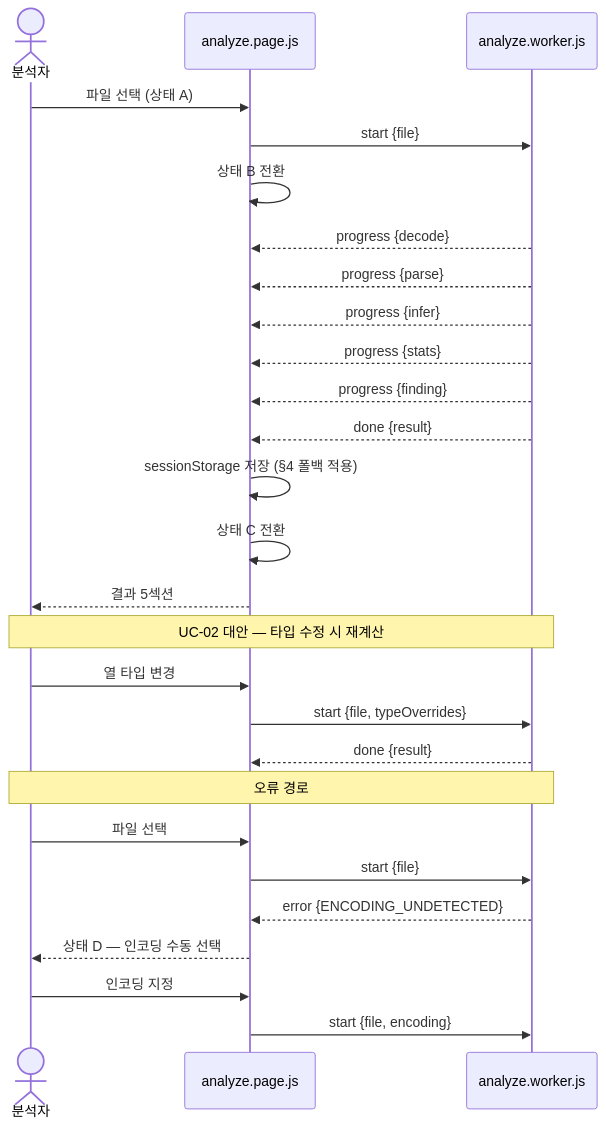
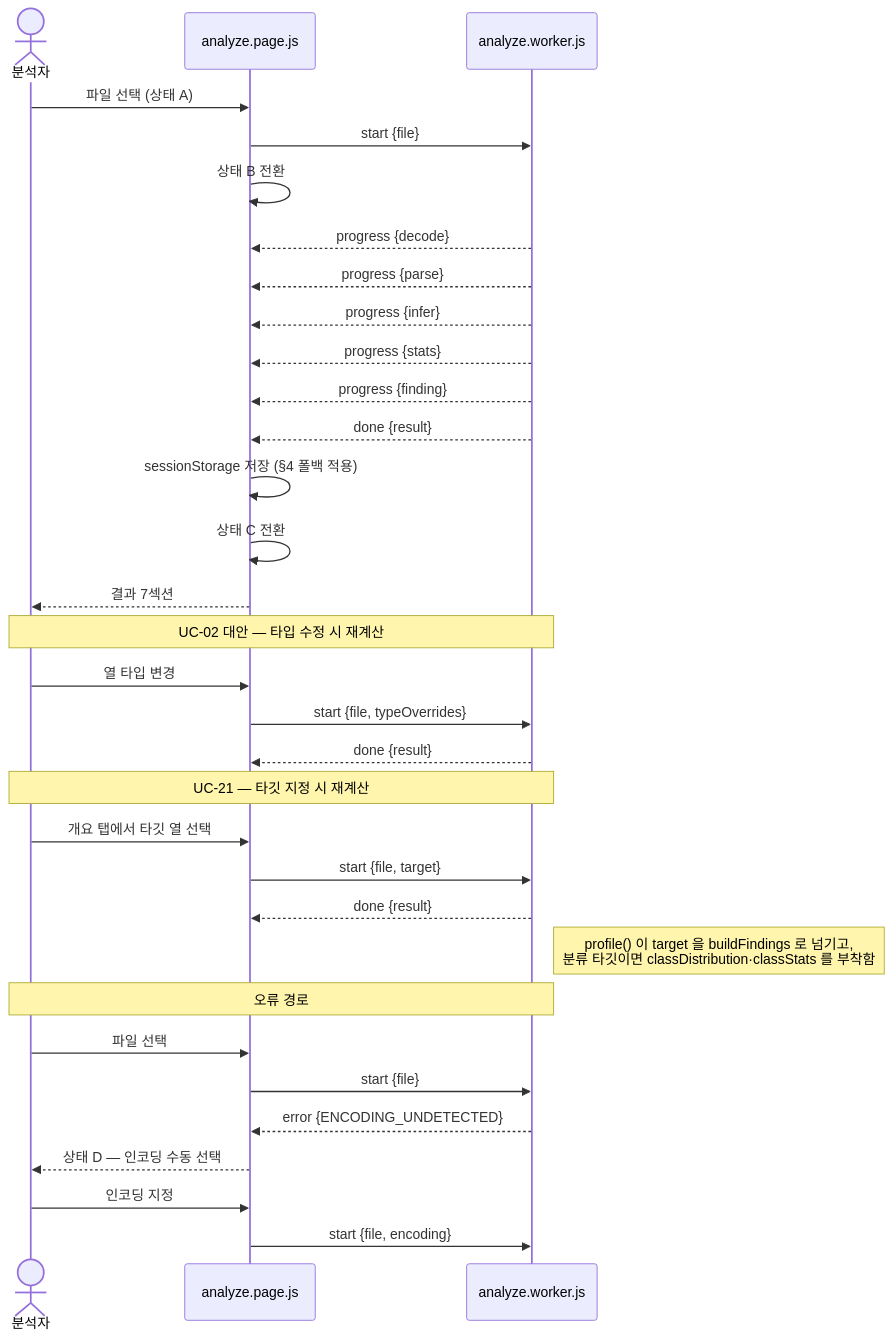
Before and after one commit to kty2001/AutoEDA: the second of 3 diagrams in docs/data-model.md, drawn with Mermaid. The commit also changed other lines of this file and 22 other files, not shown here.

````diff
--- a/docs/data-model.md
+++ b/docs/data-model.md
@@ -288,34 +292,40 @@
 ```mermaid
 sequenceDiagram
     actor U as 분석자
     participant P as analyze.page.js
     participant W as analyze.worker.js
 
     U->>P: 파일 선택 (상태 A)
     P->>W: start {file}
     P->>P: 상태 B 전환
 
     W-->>P: progress {decode}
     W-->>P: progress {parse}
     W-->>P: progress {infer}
     W-->>P: progress {stats}
     W-->>P: progress {finding}
     W-->>P: done {result}
 
     P->>P: sessionStorage 저장 (§4 폴백 적용)
     P->>P: 상태 C 전환
-    P-->>U: 결과 5섹션
+    P-->>U: 결과 7섹션
 
     Note over U,W: UC-02 대안 — 타입 수정 시 재계산
     U->>P: 열 타입 변경
     P->>W: start {file, typeOverrides}
     W-->>P: done {result}
+
+    Note over U,W: UC-21 — 타깃 지정 시 재계산
+    U->>P: 개요 탭에서 타깃 열 선택
+    P->>W: start {file, target}
+    W-->>P: done {result}
+    Note right of W: profile() 이 target 을 buildFindings 로 넘기고,<br/>분류 타깃이면 classDistribution·classStats 를 부착함
 
     Note over U,W: 오류 경로
     U->>P: 파일 선택
     P->>W: start {file}
     W-->>P: error {ENCODING_UNDETECTED}
     P-->>U: 상태 D — 인코딩 수동 선택
     U->>P: 인코딩 지정
     P->>W: start {file, encoding}
 ```
````
